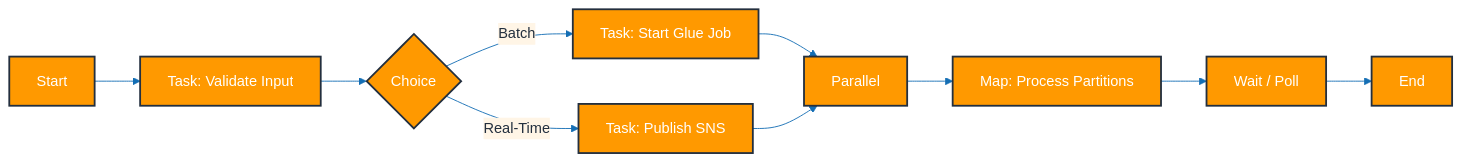
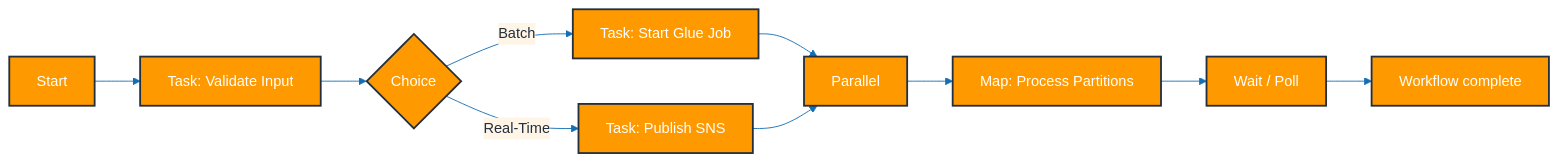
One commit to ShasidharReddy/AWS-Cloud-Engineer changed diagram 18 of 29 in DataPipeline/README.md. Above: the diagram before and after it, drawn with Mermaid. The commit also changed other lines of this file and 14 other files, not shown here.

Commit message:
fix: resolve Mermaid rendering errors and add official AWS documentation links (#4)

````diff
--- a/DataPipeline/README.md
+++ b/DataPipeline/README.md
@@ -1283,15 +1281,15 @@
 ```mermaid
 %%{init: {"theme":"base","themeVariables":{"primaryColor":"#FF9900","primaryTextColor":"#232F3E","primaryBorderColor":"#232F3E","lineColor":"#146EB4","secondaryColor":"#FFF5E6","tertiaryColor":"#E8F4FD","fontFamily":"Arial"}}}%%
 flowchart LR
   S[Start] --> T1[Task: Validate Input]
   T1 --> C{Choice}
   C -->|Batch| T2[Task: Start Glue Job]
   C -->|Real-Time| T3[Task: Publish SNS]
   T2 --> P[Parallel]
   T3 --> P
   P --> M[Map: Process Partitions]
   M --> W[Wait / Poll]
-  W --> E[End]
+  W --> Done[Workflow complete]
   classDef aws fill:#FF9900,stroke:#232F3E,color:#FFFFFF,stroke-width:2px;
-  class S,T1,C,T2,T3,P,M,W,E aws;
+  class S,T1,C,T2,T3,P,M,W,Done aws;
 ```
````
